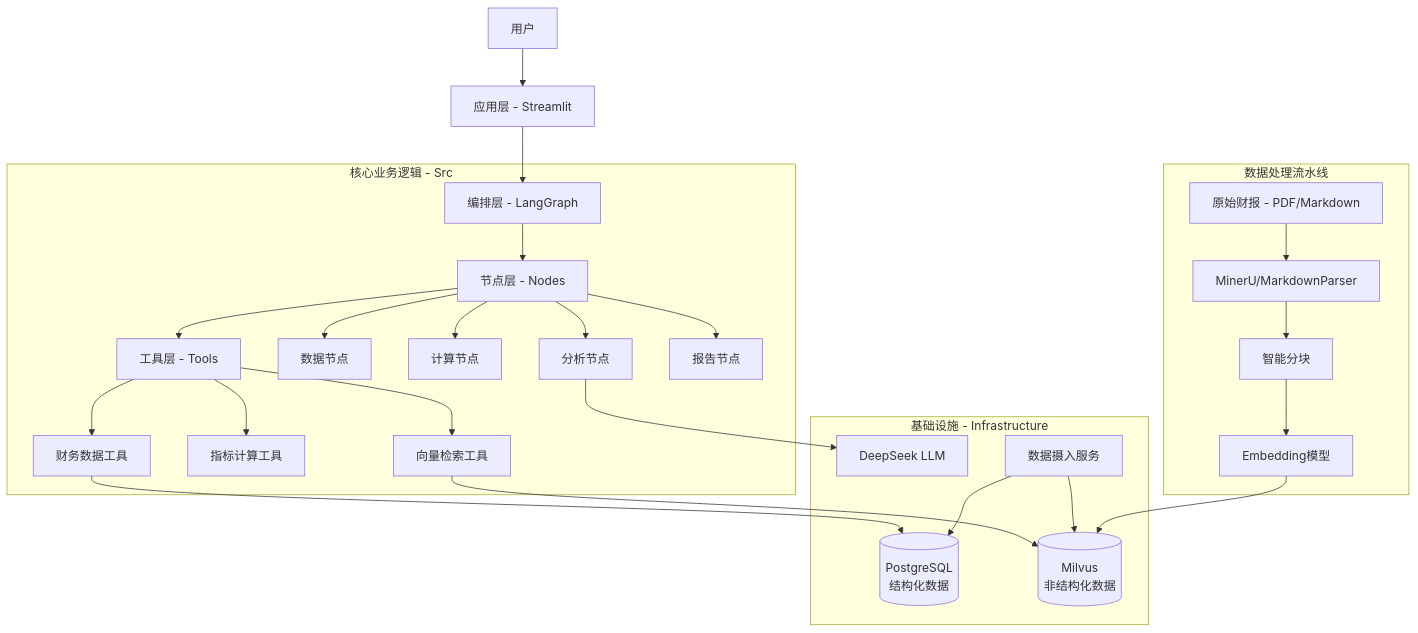
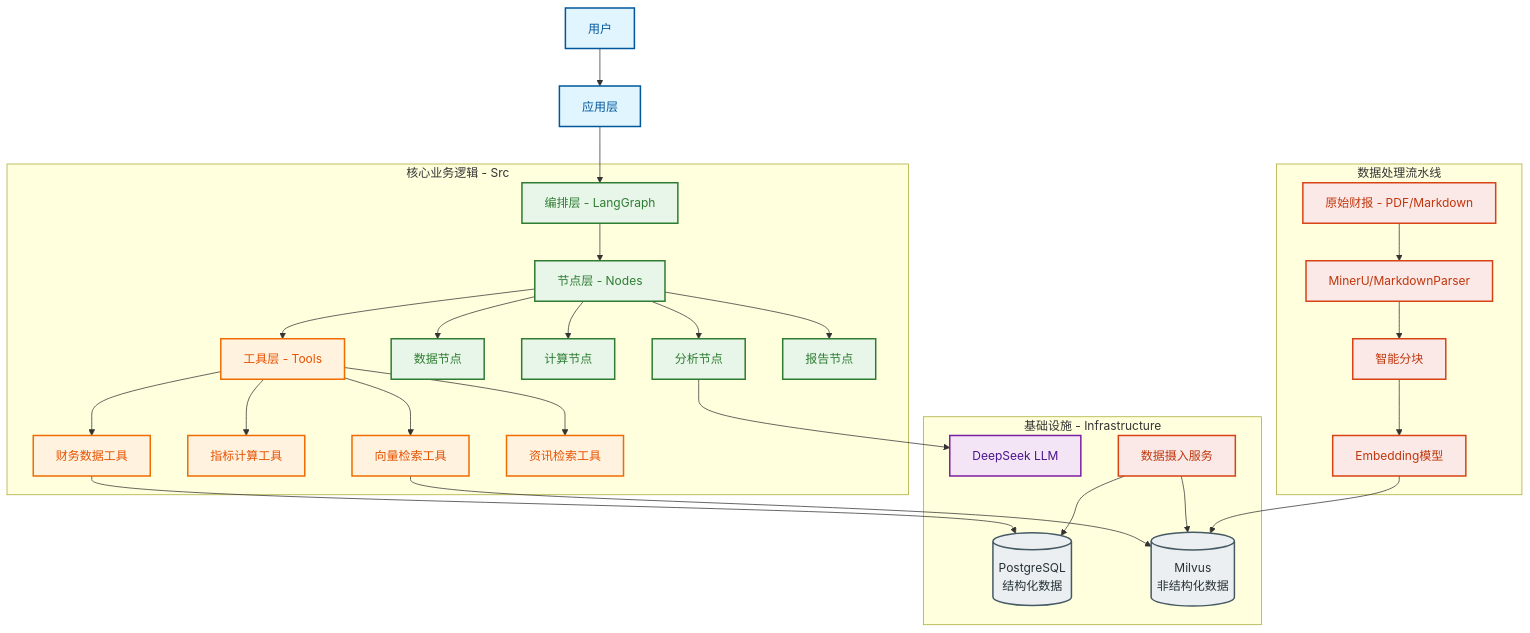
Before and after one commit to damaohongtu/fin-report-reviewer: the first of 2 diagrams in docs/作品简介.md, drawn with Mermaid. The commit also changed other lines of this file and 4 other files, not shown here.

````diff
--- a/docs/作品简介.md
+++ b/docs/作品简介.md
@@ -9,34 +9,43 @@
 ```mermaid
 graph TD
-    User[用户] --> App[应用层 - Streamlit]
-    App --> Workflow[编排层 - LangGraph]
+    %% Style Definitions
+    classDef userNode fill:#E1F5FE,stroke:#01579B,stroke-width:2px,color:#01579B;
+    classDef coreNode fill:#E8F5E9,stroke:#2E7D32,stroke-width:2px,color:#2E7D32;
+    classDef toolNode fill:#FFF3E0,stroke:#EF6C00,stroke-width:2px,color:#E65100;
+    classDef infraNode fill:#F3E5F5,stroke:#7B1FA2,stroke-width:2px,color:#4A148C;
+    classDef dbNode fill:#ECEFF1,stroke:#455A64,stroke-width:2px,color:#263238;
+    classDef pipeNode fill:#FBE9E7,stroke:#D84315,stroke-width:2px,color:#BF360C;
+
+    User[用户]:::userNode --> App[应用层]:::userNode
+    App --> Workflow[编排层 - LangGraph]:::coreNode
   
     subgraph Core[核心业务逻辑 - Src]
-        Workflow --> Nodes[节点层 - Nodes]
-        Nodes --> Tools[工具层 - Tools]
-      
-        Nodes --> DataNode[数据节点]
-        Nodes --> CalcNode[计算节点]
-        Nodes --> AnalysisNode[分析节点]
-        Nodes --> ReportNode[报告节点]
-      
-        Tools --> FinTool[财务数据工具]
-        Tools --> CalcTool[指标计算工具]
-        Tools --> VecTool[向量检索工具]
+        Workflow --> Nodes[节点层 - Nodes]:::coreNode
+        Nodes --> Tools[工具层 - Tools]:::toolNode
+  
+        Nodes --> DataNode[数据节点]:::coreNode
+        Nodes --> CalcNode[计算节点]:::coreNode
+        Nodes --> AnalysisNode[分析节点]:::coreNode
+        Nodes --> ReportNode[报告节点]:::coreNode
+  
+        Tools --> FinTool[财务数据工具]:::toolNode
+        Tools --> CalcTool[指标计算工具]:::toolNode
+        Tools --> VecTool[向量检索工具]:::toolNode
+        Tools --> SearchTool[资讯检索工具]:::toolNode
     end
   
     subgraph Infra[基础设施 - Infrastructure]
-        FinTool --> PG[(PostgreSQL<br>结构化数据)]
-        VecTool --> Milvus[(Milvus<br>非结构化数据)]
-        AnalysisNode --> LLM[DeepSeek LLM]
-        Ingestion[数据摄入服务] --> PG
+        FinTool --> PG[(PostgreSQL<br>结构化数据)]:::dbNode
+        VecTool --> Milvus[(Milvus<br>非结构化数据)]:::dbNode
+        AnalysisNode --> LLM[DeepSeek LLM]:::infraNode
+        Ingestion[数据摄入服务]:::pipeNode --> PG
         Ingestion --> Milvus
     end
   
     subgraph Pipeline[数据处理流水线]
-        Raw[原始财报 - PDF/Markdown] --> Parser[MinerU/MarkdownParser]
-        Parser --> Chunker[智能分块]
-        Chunker --> Embed[Embedding模型]
+        Raw[原始财报 - PDF/Markdown]:::pipeNode --> Parser[MinerU/MarkdownParser]:::pipeNode
+        Parser --> Chunker[智能分块]:::pipeNode
+        Chunker --> Embed[Embedding模型]:::pipeNode
         Embed --> Milvus
     end
 ```
````
